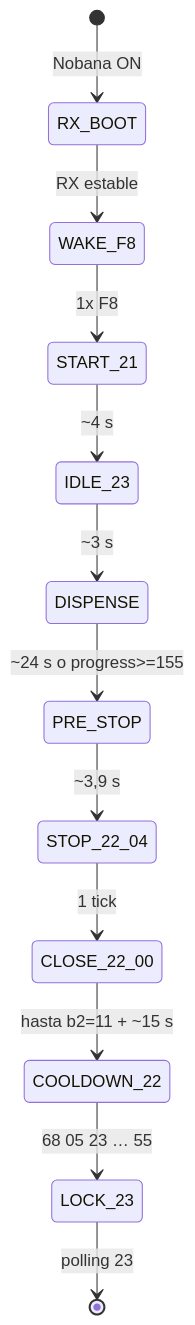
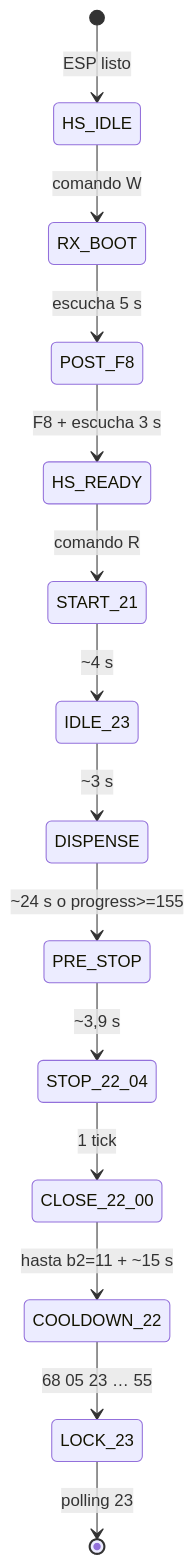
One commit to digifab-ar/Mate-Point-v1 changed the first of 2 diagrams in mate_point_firmware/PLAN-POC-NOBANA-UART.md. Above: the diagram before and after it, drawn with Mermaid. The commit also changed other lines of this file and 5 other files, not shown here.

First line of the commit message:
Cerrar Etapa 1 POC UART Nobana: wake manual W, validación banco 2026-06-04.

````diff
--- a/mate_point_firmware/PLAN-POC-NOBANA-UART.md
+++ b/mate_point_firmware/PLAN-POC-NOBANA-UART.md
@@ -92,14 +95,16 @@
 ```mermaid
 stateDiagram-v2
-    [*] --> RX_BOOT: Nobana ON
-    RX_BOOT --> WAKE_F8: RX estable
-    WAKE_F8 --> START_21: 1x F8
+    [*] --> HS_IDLE: ESP listo
+    HS_IDLE --> RX_BOOT: comando W
+    RX_BOOT --> POST_F8: escucha 5 s
+    POST_F8 --> HS_READY: F8 + escucha 3 s
+    HS_READY --> START_21: comando R
     START_21 --> IDLE_23: ~4 s
     IDLE_23 --> DISPENSE: ~3 s
     DISPENSE --> PRE_STOP: ~24 s o progress>=155
     PRE_STOP --> STOP_22_04: ~3,9 s
     STOP_22_04 --> CLOSE_22_00: 1 tick
     CLOSE_22_00 --> COOLDOWN_22: hasta b2=11 + ~15 s
     COOLDOWN_22 --> LOCK_23: 68 05 23 … 55
     LOCK_23 --> [*]: polling 23
 ```
````
